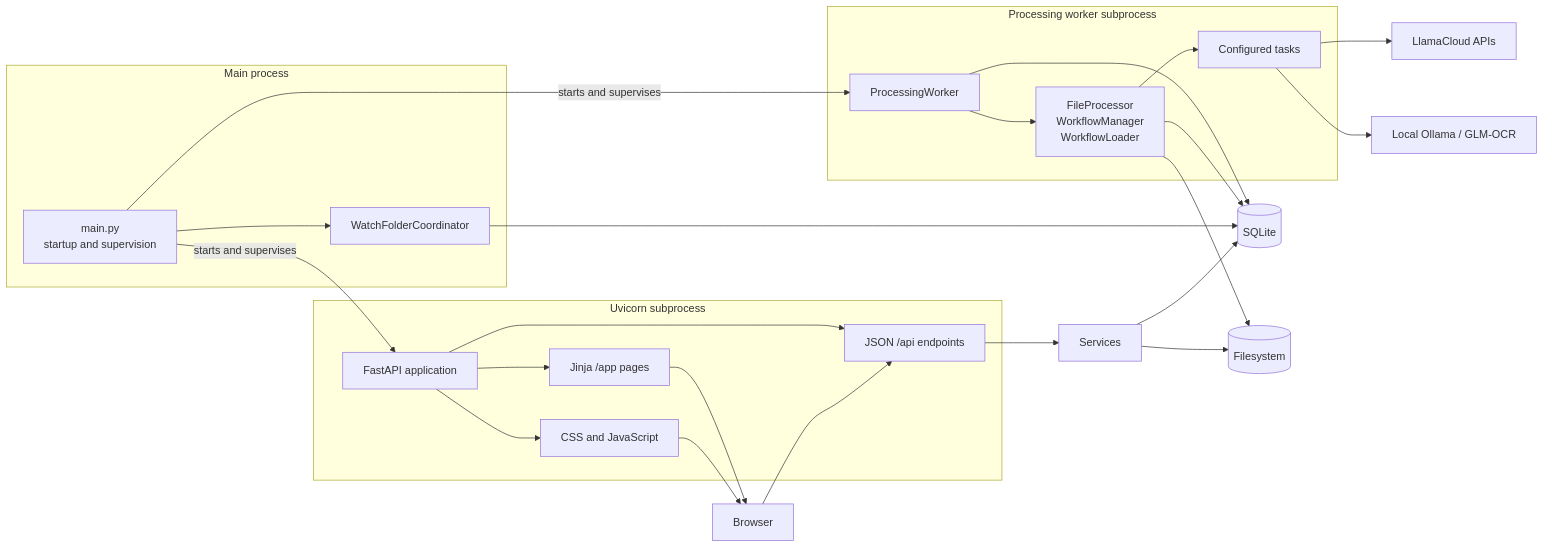
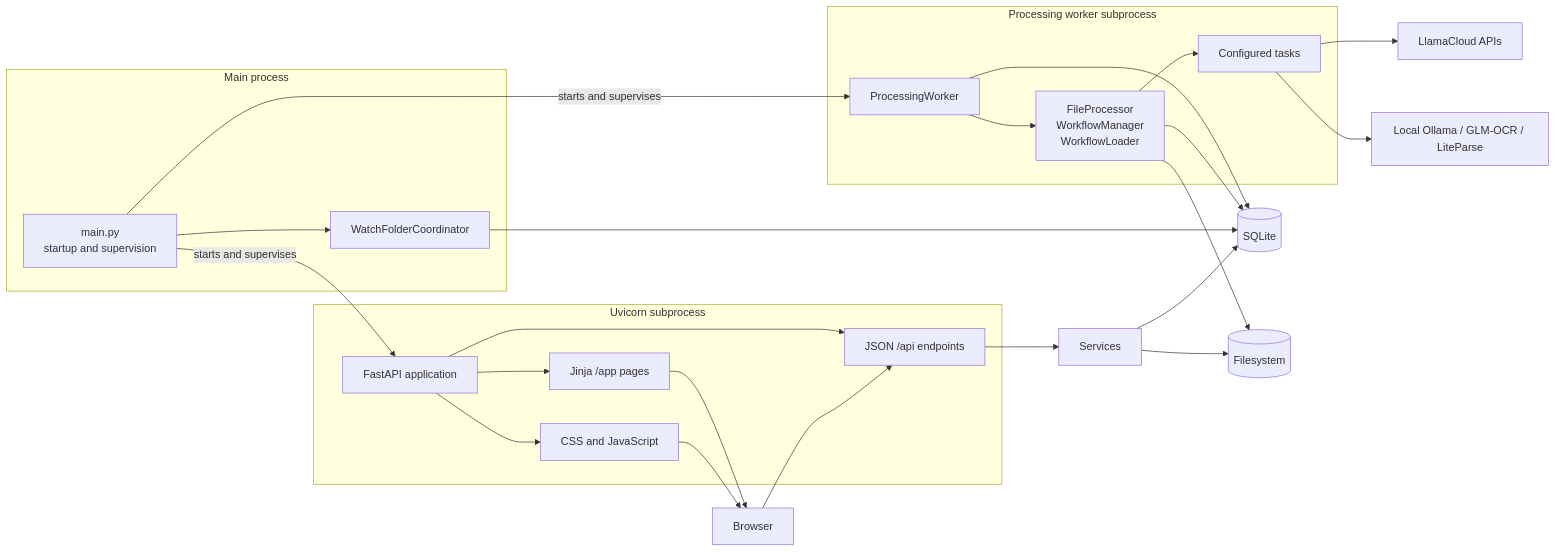
Before and after one commit to bpsong/pdfdoc_extraction: the first of 8 diagrams in docs/design_architecture.md, drawn with Mermaid. The commit also changed other lines of this file and 51 other files, not shown here.

First line of the commit message:
Add local LiteParse and Ollama extraction with review support

````diff
--- a/docs/design_architecture.md
+++ b/docs/design_architecture.md
@@ -136,37 +136,37 @@
 ```mermaid
 flowchart LR
     subgraph Parent["Main process"]
         Main["main.py<br/>startup and supervision"]
         Watch["WatchFolderCoordinator"]
         Main --> Watch
     end
 
     subgraph Worker["Processing worker subprocess"]
         JobWorker["ProcessingWorker"] --> Runner["FileProcessor<br/>WorkflowManager<br/>WorkflowLoader"]
         Runner --> Tasks["Configured tasks"]
     end
 
     subgraph Web["Uvicorn subprocess"]
         App["FastAPI application"]
         Pages["Jinja /app pages"]
         APIs["JSON /api endpoints"]
         Assets["CSS and JavaScript"]
         App --> Pages
         App --> APIs
         App --> Assets
     end
 
     Main -->|starts and supervises| App
     Main -->|starts and supervises| JobWorker
     Watch --> DB[(SQLite)]
     JobWorker --> DB
     Runner --> DB[(SQLite)]
     APIs --> Services["Services"] --> DB
     Runner --> Files[(Filesystem)]
     Services --> Files
     Tasks --> CloudProvider["LlamaCloud APIs"]
-    Tasks --> LocalProvider["Local Ollama / GLM-OCR"]
+    Tasks --> LocalProvider["Local Ollama / GLM-OCR / LiteParse"]
     Pages --> Browser["Browser"]
     Assets --> Browser
     Browser --> APIs
 ```
````
